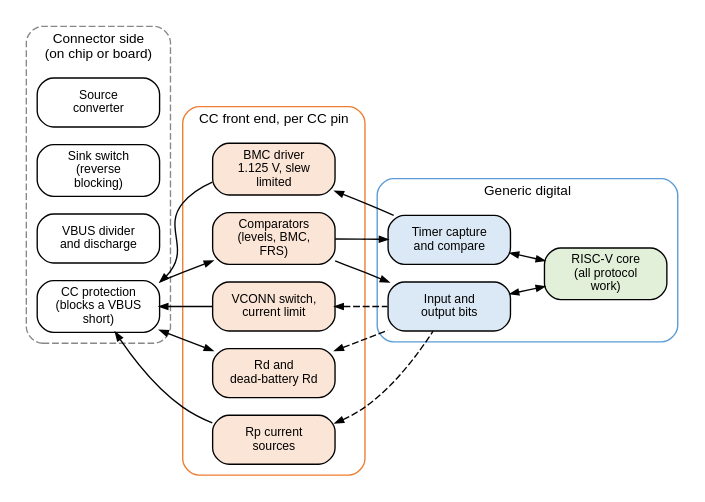
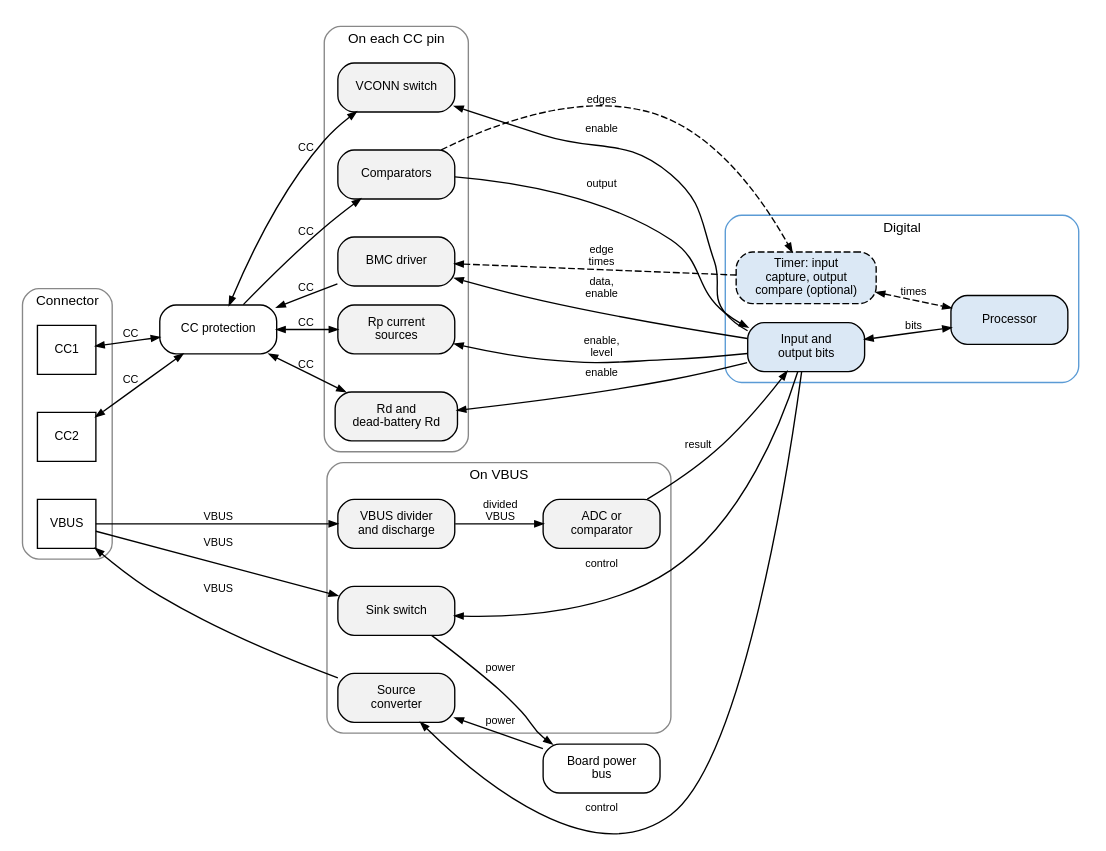
Before and after one commit to mithro/evampire: the diagram in docs/power/usb-pd/port-blocks.dot, drawn with Graphviz. The commit also changed 1 other file, not shown here.

Commit message:
Rewrite the USB PD analogue blocks from Rp to the reference
Link each block's requirement instead of restating it, give on-chip and external options, add a standard 6 V NMOS as an alternative dead-battery Rd path, link the transmitter section for the edge times, and redraw the block diagram with labelled edges, the CC1, CC2 and VBUS contacts, and the timer drawn as optional. The VBUS and power path sections follow.

```diff
--- a/docs/power/usb-pd/port-blocks.dot
+++ b/docs/power/usb-pd/port-blocks.dot
@@ -1,60 +1,90 @@
-// Circuits for one dual-role USB Type-C port controlled by software on the
-// evampire RISC-V core, with the minimum dedicated hardware. Blocks marked
-// "on chip or board" are an open placement decision.
+// The analogue and digital blocks of one dual-role USB Type-C port, from the
+// connector pins to the processor. Orange and green mean source and sink on
+// the other USB PD diagrams, so this one uses grey, white and blue only.
 //
 // SPDX-License-Identifier: Apache-2.0
 
 digraph port_blocks {
-    graph [rankdir=LR, fontname="Helvetica", fontsize=10, nodesep=0.18,
-           ranksep=0.35, newrank=true];
+    graph [rankdir=LR, fontname="Helvetica", fontsize=10, nodesep=0.2,
+           ranksep=0.45, newrank=true];
     node  [shape=box, style="rounded,filled", fillcolor="#f2f2f2",
-           fontname="Helvetica", fontsize=9, width=1.25];
+           fontname="Helvetica", fontsize=9, width=1.2];
     edge  [fontname="Helvetica", fontsize=8, arrowsize=0.6];
 
-    subgraph cluster_edge {
-        label="Connector side\n(on chip or board)"; style="rounded,dashed"; color="#888888";
-        prot    [label="CC protection\n(blocks a VBUS\nshort)", fillcolor="#ffffff"];
-        div     [label="VBUS divider\nand discharge", fillcolor="#ffffff"];
-        snksw   [label="Sink switch\n(reverse\nblocking)", fillcolor="#ffffff"];
-        srcconv [label="Source\nconverter", fillcolor="#ffffff"];
+    subgraph cluster_conn {
+        label="Connector"; style="rounded"; color="#888888";
+        cc1  [label="CC1", shape=box, style="filled", fillcolor="#ffffff",
+              width=0.6];
+        cc2  [label="CC2", shape=box, style="filled", fillcolor="#ffffff",
+              width=0.6];
+        vbus [label="VBUS", shape=box, style="filled", fillcolor="#ffffff",
+              width=0.6];
     }
 
-    subgraph cluster_analog {
-        label="CC front end, per CC pin"; style="rounded"; color="#ed7d31";
-        rp    [label="Rp current\nsources", fillcolor="#fbe5d6"];
-        rd    [label="Rd and\ndead-battery Rd", fillcolor="#fbe5d6"];
-        vsw   [label="VCONN switch,\ncurrent limit", fillcolor="#fbe5d6"];
-        cmp   [label="Comparators\n(levels, BMC,\nFRS)", fillcolor="#fbe5d6"];
-        drv   [label="BMC driver\n1.125 V, slew\nlimited", fillcolor="#fbe5d6"];
+    prot [label="CC protection", fillcolor="#ffffff"];
+
+    subgraph cluster_cc {
+        label="On each CC pin"; style="rounded"; color="#888888";
+        rp  [label="Rp current\nsources"];
+        rd  [label="Rd and\ndead-battery Rd"];
+        vsw [label="VCONN switch"];
+        cmp [label="Comparators"];
+        drv [label="BMC driver"];
     }
 
-    subgraph cluster_digital {
-        label="Generic digital"; style="rounded"; color="#5b9bd5";
-        gpio [label="Input and\noutput bits", fillcolor="#dbe8f5"];
-        tmr  [label="Timer capture\nand compare", fillcolor="#dbe8f5"];
-        cpu  [label="RISC-V core\n(all protocol\nwork)", fillcolor="#e2f0d9"];
+    subgraph cluster_vbus {
+        label="On VBUS"; style="rounded"; color="#888888";
+        div    [label="VBUS divider\nand discharge"];
+        snksw  [label="Sink switch"];
+        srcconv [label="Source\nconverter"];
+        vadc   [label="ADC or\ncomparator"];
     }
 
-    { rank=same; prot; div; snksw; srcconv; }
-    { rank=same; rp; rd; vsw; cmp; drv; }
+    subgraph cluster_dig {
+        label="Digital"; style="rounded"; color="#5b9bd5";
+        gpio [label="Input and\noutput bits", fillcolor="#dbe8f5"];
+        tmr  [label="Timer: input\ncapture, output\ncompare (optional)",
+              fillcolor="#dbe8f5", style="rounded,filled,dashed"];
+        cpu  [label="Processor", fillcolor="#dbe8f5"];
+    }
+
+    bus [label="Board power\nbus", fillcolor="#ffffff"];
+
+    { rank=same; cc1; cc2; vbus; }
+    { rank=same; rp; rd; vsw; cmp; drv; div; snksw; srcconv; }
     { rank=same; gpio; tmr; }
 
-    rp -> rd -> vsw -> cmp -> drv [style=invis];
-    prot -> div -> snksw -> srcconv [style=invis];
+    // Keep the pins in connector order and the blocks in reading order.
+    cc1 -> cc2 -> vbus [style=invis];
+    rp -> rd -> vsw -> cmp -> drv -> div -> snksw -> srcconv [style=invis];
 
-    prot -> rp [dir=back];
-    prot -> rd [dir=both];
-    prot -> vsw [dir=back];
-    prot -> cmp;
-    prot -> drv [dir=back];
+    cc1 -> prot [dir=both, label="CC"];
+    cc2 -> prot [dir=both, label="CC"];
 
-    rp -> gpio [dir=back, style=dashed];
-    rd -> gpio [dir=back, style=dashed];
-    vsw -> gpio [dir=back, style=dashed];
-    cmp -> tmr;
-    cmp -> gpio;
-    drv -> tmr [dir=back];
+    prot -> rp  [dir=both, label="CC"];
+    prot -> rd  [dir=both, label="CC"];
+    prot -> vsw [dir=both, label="CC"];
+    prot -> cmp [label="CC"];
+    prot -> drv [dir=back, label="CC"];
 
-    gpio -> cpu [dir=both];
-    tmr -> cpu [dir=both];
+    vbus -> div     [label="VBUS"];
+    vbus -> snksw   [label="VBUS"];
+    vbus -> srcconv [dir=back, label="VBUS"];
+    snksw -> bus    [label="power"];
+    srcconv -> bus  [dir=back, label="power"];
+
+    rp  -> gpio [dir=back, label="enable,\nlevel"];
+    rd  -> gpio [dir=back, label="enable"];
+    vsw -> gpio [dir=back, label="enable"];
+    cmp -> gpio [label="output"];
+    drv -> gpio [dir=back, label="data,\nenable"];
+    cmp -> tmr  [style=dashed, label="edges"];
+    drv -> tmr  [dir=back, style=dashed, label="edge\ntimes"];
+    div -> vadc [label="divided\nVBUS"];
+    vadc -> gpio [label="result"];
+    snksw -> gpio [dir=back, label="control"];
+    srcconv -> gpio [dir=back, label="control"];
+
+    gpio -> cpu [dir=both, label="bits"];
+    tmr  -> cpu [dir=both, style=dashed, label="times"];
 }
```
